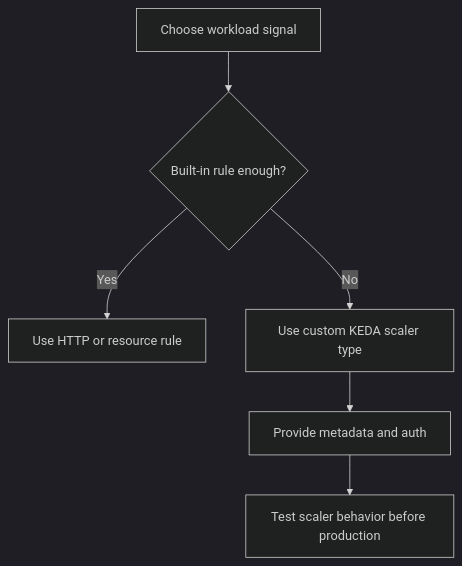
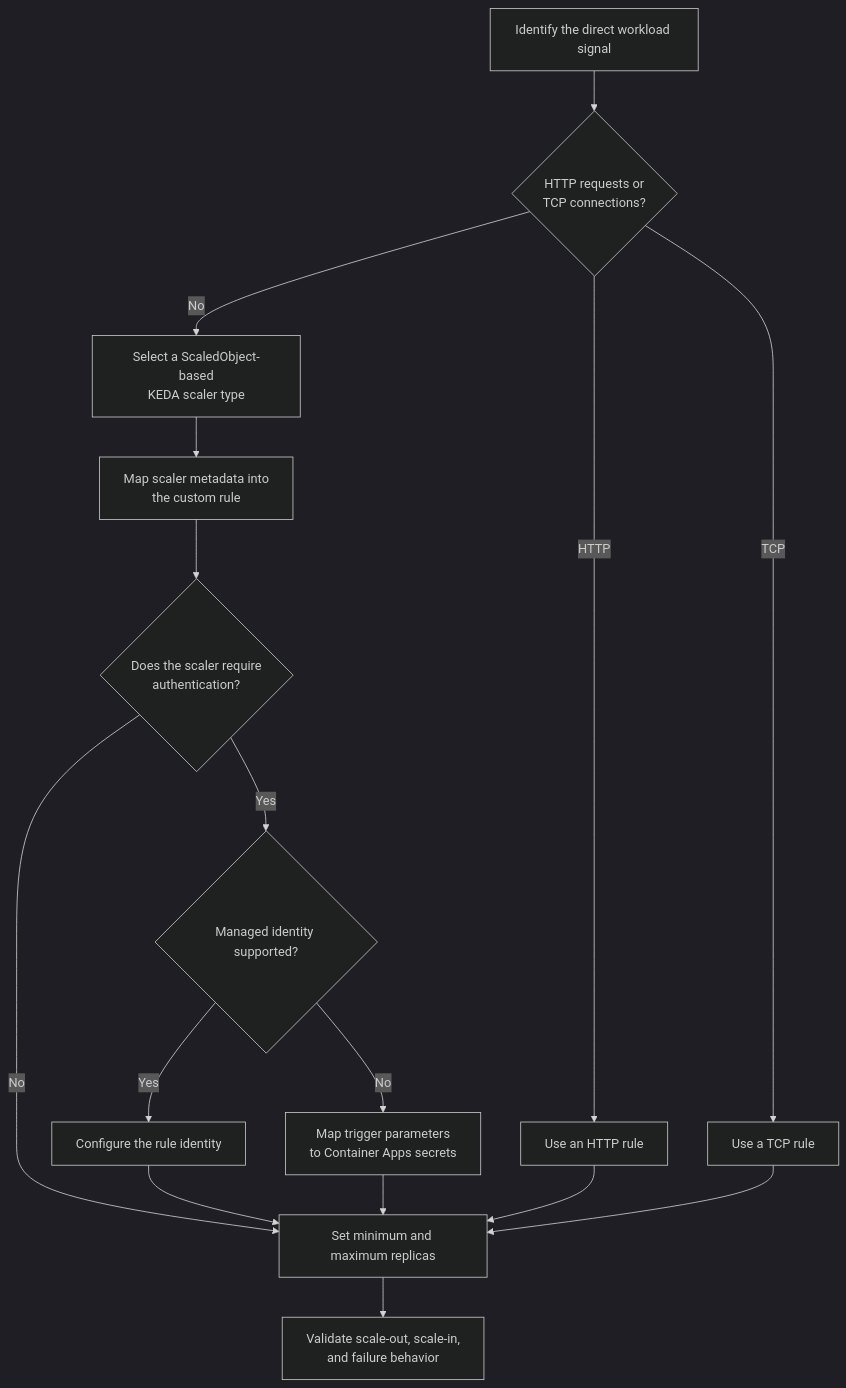
Before and after one commit to yeongseon/azure-container-apps-practical-guide: the diagram in docs/platform/scaling/custom-scalers.md, drawn with Mermaid (dark theme). The commit also changed other lines of this file and 11 other files, not shown here.

Commit message:
docs(diagrams): migrate Container Apps scaling diagrams (#612)

````diff
--- a/docs/platform/scaling/custom-scalers.md
+++ b/docs/platform/scaling/custom-scalers.md
@@ -45,8 +46,21 @@
 ```mermaid
 flowchart TD
-    A[Choose workload signal] --> B{Built-in rule enough?}
-    B -->|Yes| C[Use HTTP or resource rule]
-    B -->|No| D[Use custom KEDA scaler type]
-    D --> E[Provide metadata and auth]
-    E --> F[Test scaler behavior before production]
+    accTitle: Map a workload signal to a Container Apps scale rule
+    accDescr: Use an HTTP or TCP rule for ingress demand. Otherwise select a ScaledObject-based KEDA scaler, map its type and metadata, choose supported authentication, and validate scale behavior and replica limits before production.
+
+    SIGNAL[Identify the direct workload signal] --> INGRESS{HTTP requests or<br/>TCP connections?}
+    INGRESS -->|HTTP| HTTP[Use an HTTP rule]
+    INGRESS -->|TCP| TCP[Use a TCP rule]
+    INGRESS -->|No| SCALER[Select a ScaledObject-based<br/>KEDA scaler type]
+    SCALER --> MAP[Map scaler metadata into<br/>the custom rule]
+    MAP --> AUTH{Does the scaler require<br/>authentication?}
+    AUTH -->|No| LIMITS[Set minimum and maximum replicas]
+    AUTH -->|Yes| METHOD{Managed identity supported?}
+    METHOD -->|Yes| IDENTITY[Configure the rule identity]
+    METHOD -->|No| SECRET[Map trigger parameters<br/>to Container Apps secrets]
+    IDENTITY --> LIMITS
+    SECRET --> LIMITS
+    HTTP --> LIMITS
+    TCP --> LIMITS
+    LIMITS --> TEST[Validate scale-out, scale-in,<br/>and failure behavior]
 ```
````
